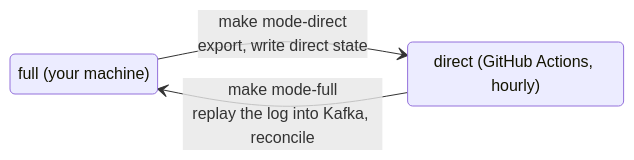
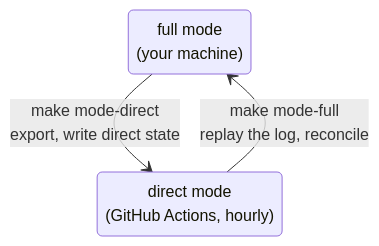
One commit to dienarvaez1/earth-hub changed the second of 2 diagrams in README.md. Above: the diagram before and after it, drawn with Mermaid. The commit also changed other lines of this file and 2 other files, not shown here.

First line of the commit message:
docs: lay out the flowcharts and state diagrams near square

````diff
--- a/README.md
+++ b/README.md
@@ -24,8 +40,8 @@
 ```mermaid
 stateDiagram-v2
-    direction LR
-    full: full (your machine)
-    direct: direct (GitHub Actions, hourly)
+    direction TB
+    full: full mode<br/>(your machine)
+    direct: direct mode<br/>(GitHub Actions, hourly)
     full --> direct: make mode-direct<br/>export, write direct state
-    direct --> full: make mode-full<br/>replay the log into Kafka, reconcile
+    direct --> full: make mode-full<br/>replay the log, reconcile
 ```
````
